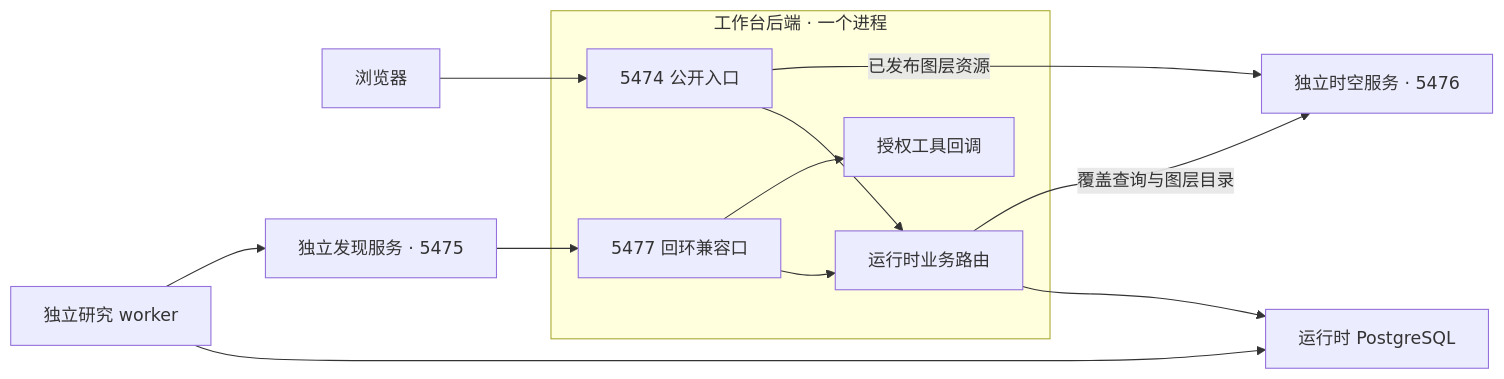
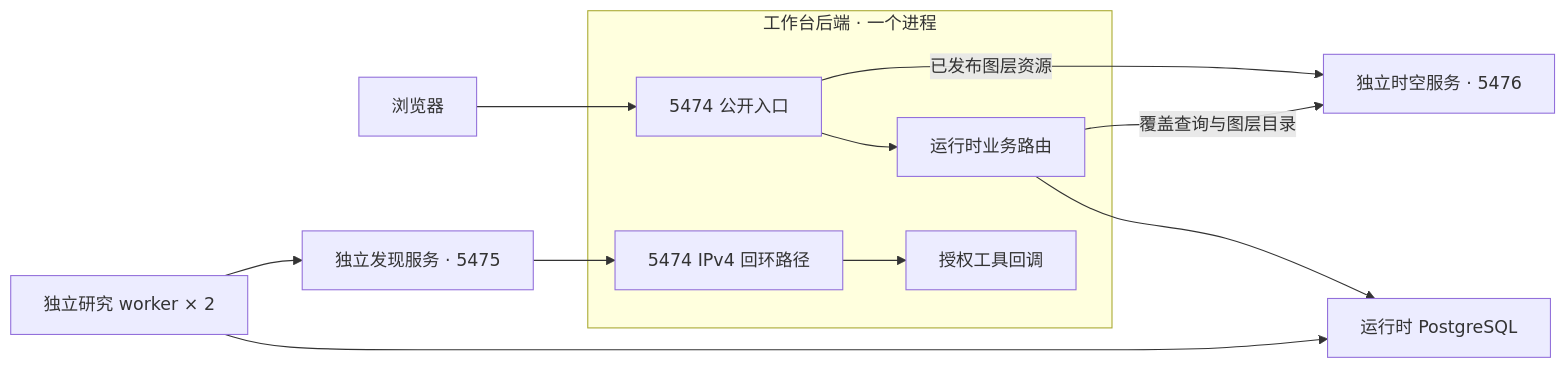
One commit to lust0yixiong/OneEarth changed the second of 2 diagrams in docs/架构与接口现状.md. Above: the diagram before and after it, drawn with Mermaid. The commit also changed other lines of this file and 1 other file, not shown here.

Commit message:
Record Chat handoff and worker release acceptance

````diff
--- a/docs/架构与接口现状.md
+++ b/docs/架构与接口现状.md
@@ -70,15 +70,14 @@
 ```mermaid
 flowchart LR
   B["浏览器"] --> P
   subgraph W["工作台后端 · 一个进程"]
     P["5474 公开入口"] --> R["运行时业务路由"]
-    C["5477 回环兼容口"] --> R
-    C --> T["授权工具回调"]
+    C["5474 IPv4 回环路径"] --> T["授权工具回调"]
   end
   R --> DB["运行时 PostgreSQL"]
-  A["独立研究 worker"] --> DB
+  A["独立研究 worker × 2"] --> DB
   A --> D["独立发现服务 · 5475"]
   D --> C
   R -->|"覆盖查询与图层目录"| S["独立时空服务 · 5476"]
   P -->|"已发布图层资源"| S
 ```
````
